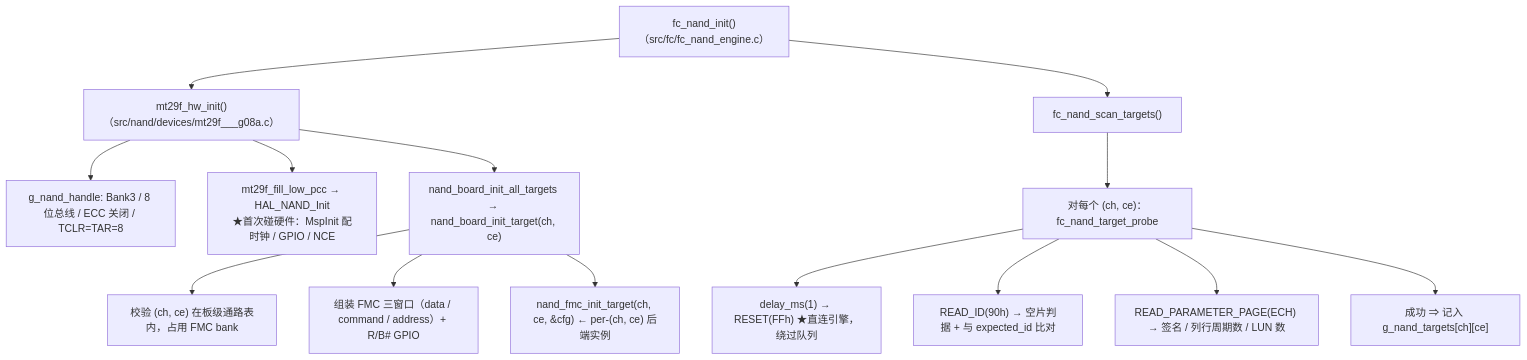
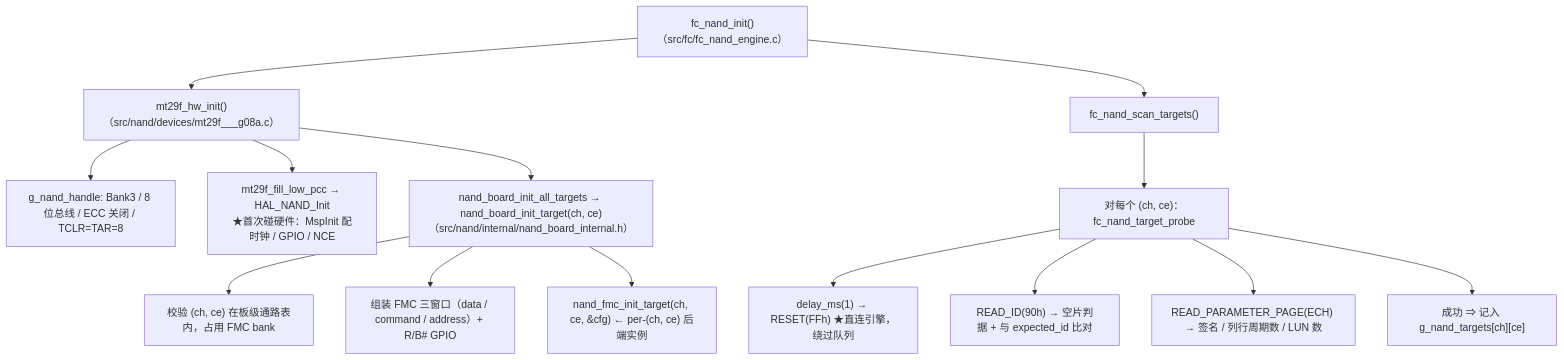
Diagram 16 of 20 in docs/design/fc_nand_design.md (YzYMIAO/BASESSD), drawn with Mermaid before and after one commit. The commit also changed other lines of this file and 32 other files, not shown here.

First line of the commit message:
refactor(nand,platform): 收敛公共/私有边界与 target API

````diff
--- a/docs/design/fc_nand_design.md
+++ b/docs/design/fc_nand_design.md
@@ -2081,18 +2088,18 @@
 ```mermaid
 flowchart TB
     I["fc_nand_init()（src/fc/fc_nand_engine.c）"]
     I --> HW["mt29f_hw_init()（src/nand/devices/mt29f___g08a.c）"]
     HW --> H1["g_nand_handle: Bank3 / 8 位总线 / ECC 关闭 / TCLR=TAR=8"]
     HW --> H2["mt29f_fill_low_pcc → HAL_NAND_Init<br/>★首次碰硬件：MspInit 配时钟 / GPIO / NCE"]
-    HW --> H3["nand_board_init_all_targets → nand_board_init_target(ch, ce)"]
+    HW --> H3["nand_board_init_all_targets → nand_board_init_target(ch, ce)<br/>（src/nand/internal/nand_board_internal.h）"]
     H3 --> H3A["校验 (ch, ce) 在板级通路表内，占用 FMC bank"]
     H3 --> H3B["组装 FMC 三窗口（data / command / address）+ R/B# GPIO"]
     H3 --> H3C["nand_fmc_init_target(ch, ce, &amp;cfg) ← per-(ch, ce) 后端实例"]
 
     I --> SCAN["fc_nand_scan_targets()"]
     SCAN --> SC["对每个 (ch, ce)：fc_nand_target_probe"]
     SC --> P1["delay_ms(1) → RESET(FFh) ★直连引擎，绕过队列"]
     SC --> P2["READ_ID(90h) → 空片判据 + 与 expected_id 比对"]
     SC --> P3["READ_PARAMETER_PAGE(ECH) → 签名 / 列行周期数 / LUN 数"]
     SC --> P4["成功 ⇒ 记入 g_nand_targets[ch][ce]"]
 ```
````
